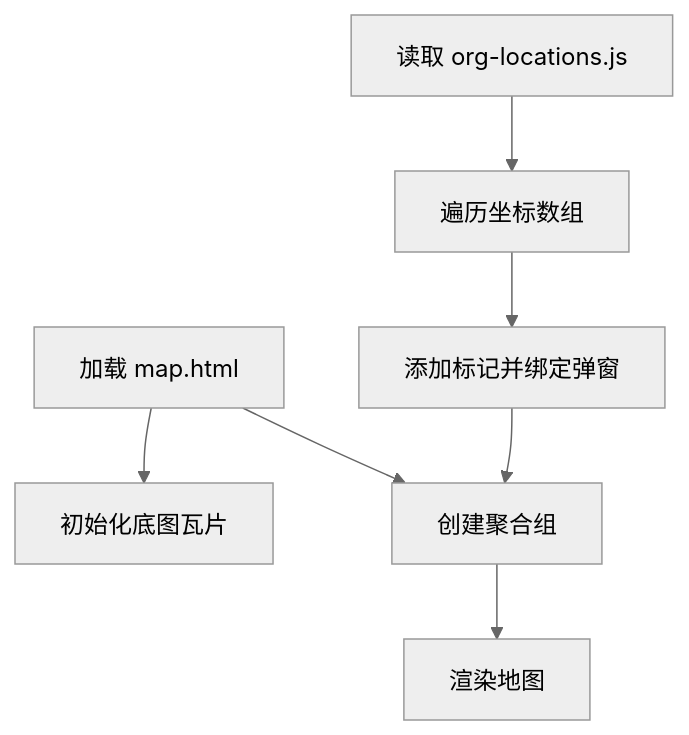
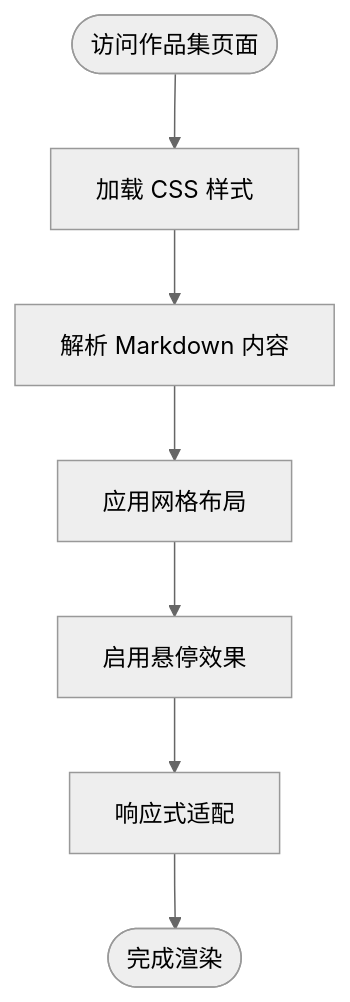
One commit to CoolPig0720/CoolPig0720.github.io changed the fourth of 5 diagrams in .qoder/repowiki/zh/content/学术功能模块/学术功能模块.md. Above: the diagram before and after it, drawn with Mermaid (neutral theme). The commit also changed other lines of this file and 36 other files, not shown here.

````diff
--- a/.qoder/repowiki/zh/content/学术功能模块/学术功能模块.md
+++ b/.qoder/repowiki/zh/content/学术功能模块/学术功能模块.md
@@ -322,9 +181,9 @@
 ```mermaid
 flowchart TD
-Init["加载 map.html"] --> Tiles["初始化底图瓦片"]
-Init --> Cluster["创建聚合组"]
-Org["读取 org-locations.js"] --> Loop["遍历坐标数组"]
-Loop --> AddMarker["添加标记并绑定弹窗"]
-AddMarker --> Cluster
-Cluster --> Render["渲染地图"]
+Start(["访问作品集页面"]) --> LoadCSS["加载 CSS 样式"]
+LoadCSS --> ParseContent["解析 Markdown 内容"]
+ParseContent --> GridLayout["应用网格布局"]
+GridLayout --> HoverEffect["启用悬停效果"]
+HoverEffect --> Responsive["响应式适配"]
+Responsive --> End(["完成渲染"])
 ```
````
